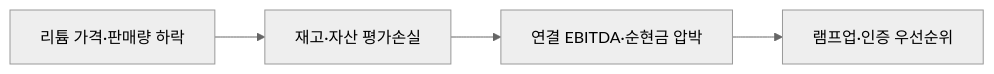
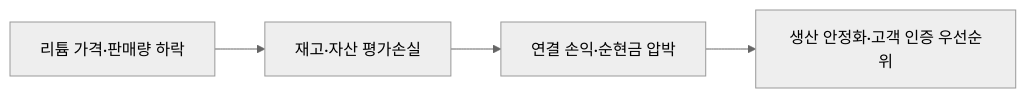
One commit to arik1988/posco-market-sensing-wiki changed the diagram in market-sensing-wiki/signals/SIG-AA1311F13FCD.md. Above: the diagram before and after it, drawn with Mermaid (neutral theme). The commit also changed other lines of this file and 143 other files, not shown here.

````diff
--- a/market-sensing-wiki/signals/SIG-AA1311F13FCD.md
+++ b/market-sensing-wiki/signals/SIG-AA1311F13FCD.md
@@ -47,6 +49,6 @@
 ```mermaid
 flowchart LR
  A[리튬 가격·판매량 하락] --> B[재고·자산 평가손실]
- B --> C[연결 EBITDA·순현금 압박]
- C --> D[램프업·인증 우선순위]
+ B --> C[연결 손익·순현금 압박]
+ C --> D[생산 안정화·고객 인증 우선순위]
 ```
````
